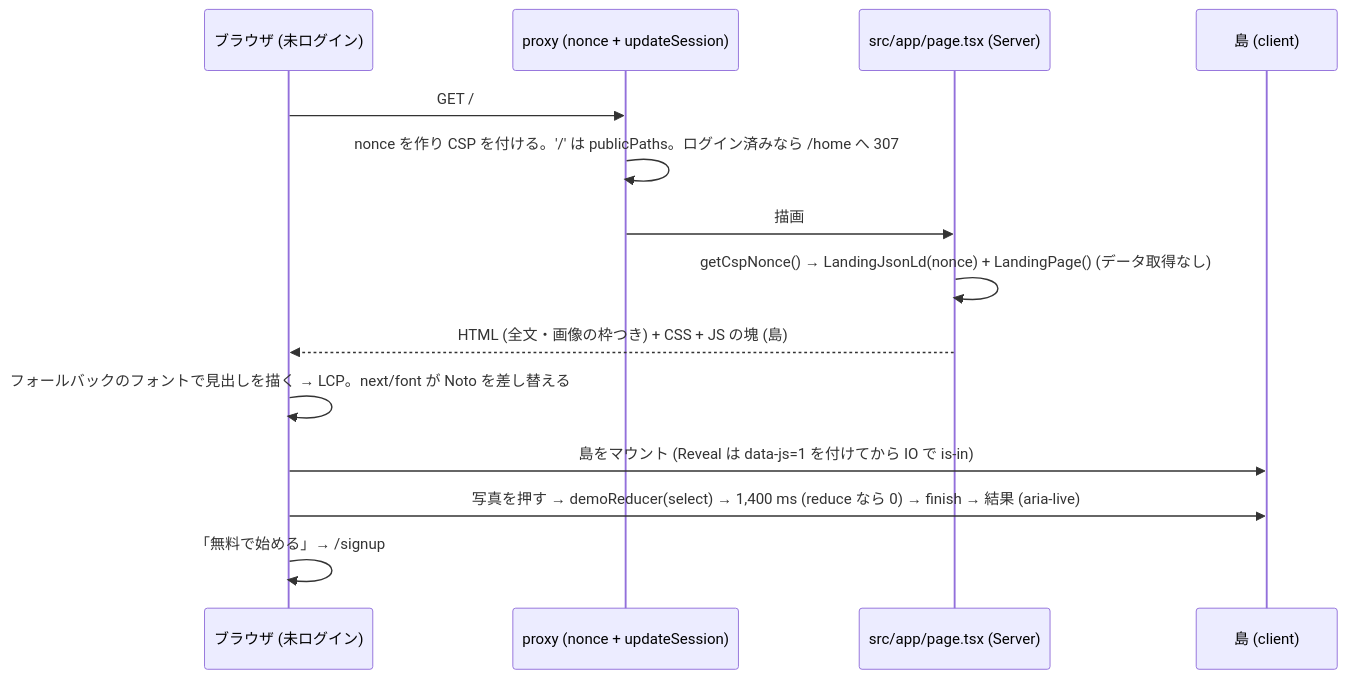
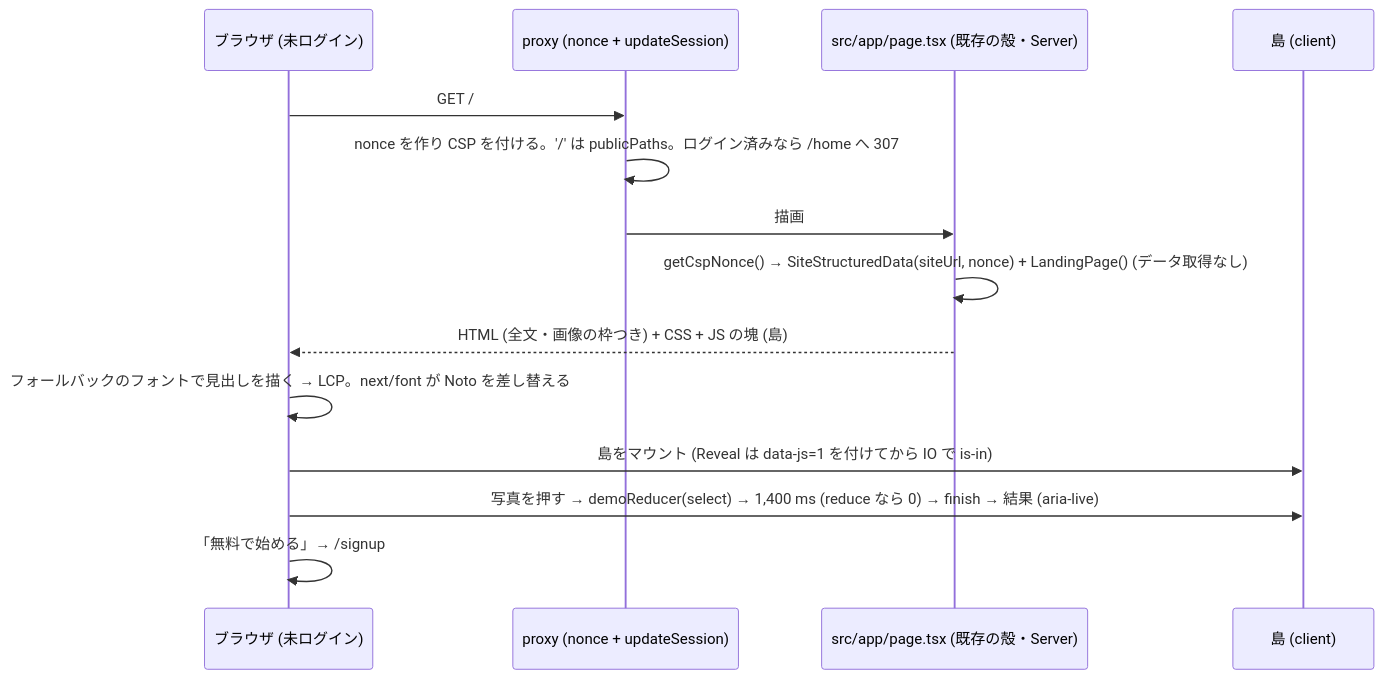
The diagram in docs/design/marketing/01-landing-site.md (DaisukeHori/homegohan-app), drawn with Mermaid before and after one commit. The commit also changed other lines of this file, not shown here.

````diff
--- a/docs/design/marketing/01-landing-site.md
+++ b/docs/design/marketing/01-landing-site.md
@@ -1842,17 +1820,17 @@
 ```mermaid
 sequenceDiagram
     participant B as ブラウザ (未ログイン)
     participant P as proxy (nonce + updateSession)
-    participant S as src/app/page.tsx (Server)
+    participant S as src/app/page.tsx (既存の殻・Server)
     participant I as 島 (client)
 
     B->>P: GET /
     P->>P: nonce を作り CSP を付ける。'/' は publicPaths。ログイン済みなら /home へ 307
     P->>S: 描画
-    S->>S: getCspNonce() → LandingJsonLd(nonce) + LandingPage() (データ取得なし)
+    S->>S: getCspNonce() → SiteStructuredData(siteUrl, nonce) + LandingPage() (データ取得なし)
     S-->>B: HTML (全文・画像の枠つき) + CSS + JS の塊 (島)
     B->>B: フォールバックのフォントで見出しを描く → LCP。next/font が Noto を差し替える
     B->>I: 島をマウント (Reveal は data-js=1 を付けてから IO で is-in)
     B->>I: 写真を押す → demoReducer(select) → 1,400 ms (reduce なら 0) → finish → 結果 (aria-live)
     B->>B: 「無料で始める」→ /signup
 ```
````
